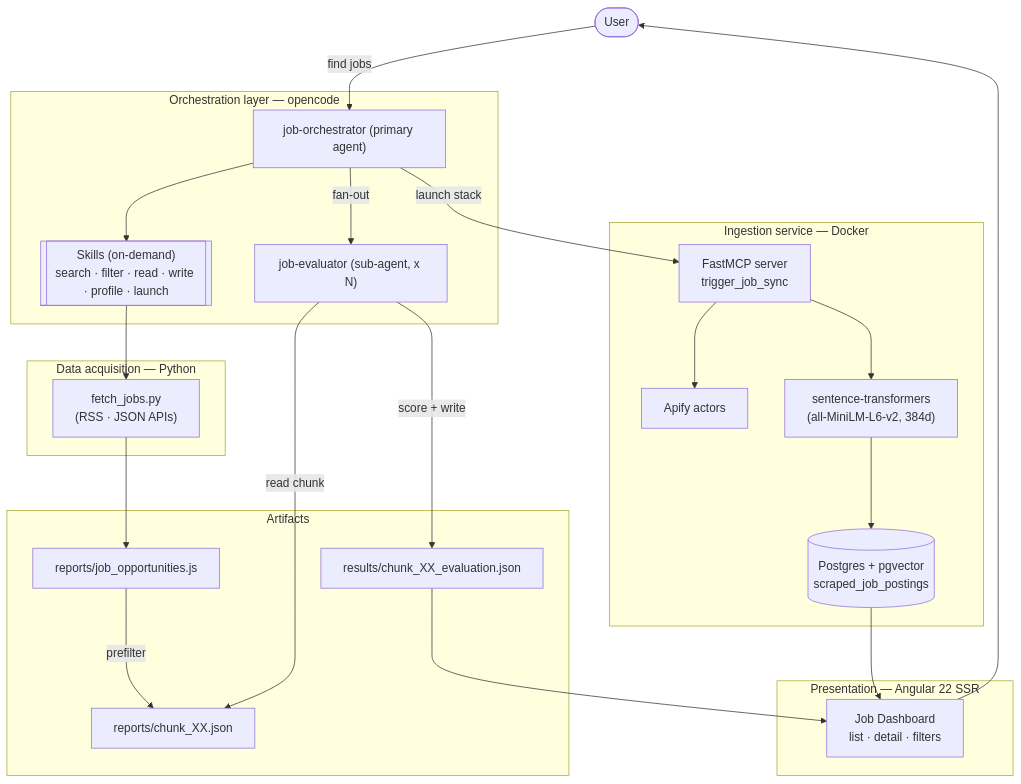
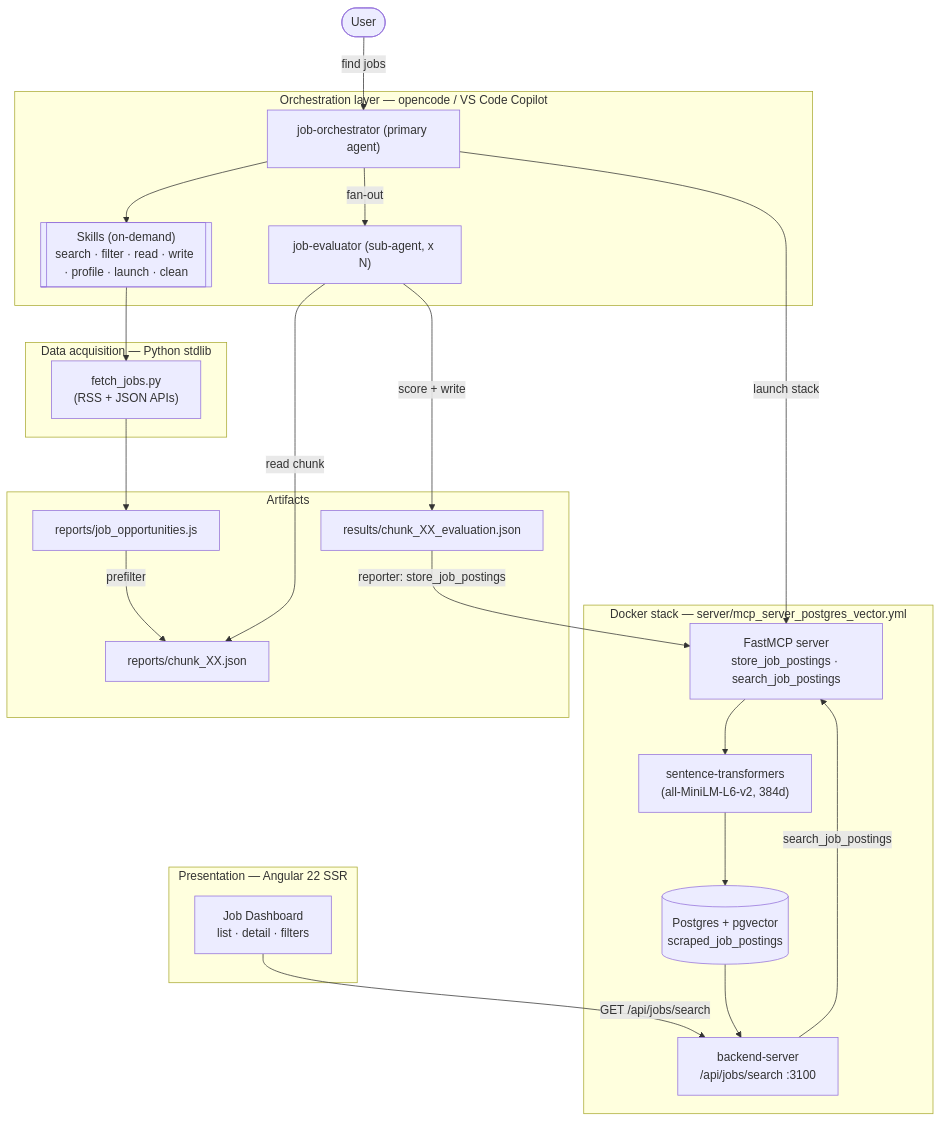
The first of 4 diagrams in README.md (caupolicanquerales/agent_hunter_job), drawn with Mermaid before and after one commit. The commit also changed other lines of this file, not shown here.

````diff
--- a/README.md
+++ b/README.md
@@ -70,47 +82,47 @@
 ```mermaid
 flowchart TB
     User([User])
 
-    subgraph Orchestration["Orchestration layer — opencode"]
+    subgraph Orchestration["Orchestration layer — opencode / VS Code Copilot"]
         Orch["job-orchestrator (primary agent)"]
         Eval["job-evaluator (sub-agent, x N)"]
-        Skills[["Skills (on-demand)<br/>search · filter · read · write · profile · launch"]]
+        Skills[["Skills (on-demand)<br/>search · filter · read · write · profile · launch · clean"]]
     end
 
-    subgraph Acquisition["Data acquisition — Python"]
-        Fetch["fetch_jobs.py<br/>(RSS · JSON APIs)"]
+    subgraph Acquisition["Data acquisition — Python stdlib"]
+        Fetch["fetch_jobs.py<br/>(RSS + JSON APIs)"]
     end
 
-    subgraph Storage["Ingestion service — Docker"]
-        MCP["FastMCP server<br/>trigger_job_sync"]
-        Apify["Apify actors"]
+    subgraph Services["Docker stack — server/mcp_server_postgres_vector.yml"]
+        MCP["FastMCP server<br/>store_job_postings · search_job_postings"]
         Embed["sentence-transformers<br/>(all-MiniLM-L6-v2, 384d)"]
         DB[("Postgres + pgvector<br/>scraped_job_postings")]
+        Backend["backend-server<br/>/api/jobs/search :3100"]
     end
 
     subgraph Files["Artifacts"]
         Opps["reports/job_opportunities.js"]
         Chunks["reports/chunk_XX.json"]
         Results["results/chunk_XX_evaluation.json"]
     end
 
     subgraph Frontend["Presentation — Angular 22 SSR"]
         Dashboard["Job Dashboard<br/>list · detail · filters"]
     end
 
     User -->|"find jobs"| Orch
     Orch --> Skills
     Skills --> Fetch
     Fetch --> Opps
     Opps -->|"prefilter"| Chunks
     Orch -->|"fan-out"| Eval
     Eval -->|"read chunk"| Chunks
     Eval -->|"score + write"| Results
+    Results -->|"reporter: store_job_postings"| MCP
     Orch -->|"launch stack"| MCP
-    MCP --> Apify
     MCP --> Embed
     Embed --> DB
-    Results --> Dashboard
-    DB --> Dashboard
-    Dashboard --> User
+    Backend -->|"search_job_postings"| MCP
+    DB --> Backend
+    Dashboard -->|"GET /api/jobs/search"| Backend
 ```
````
